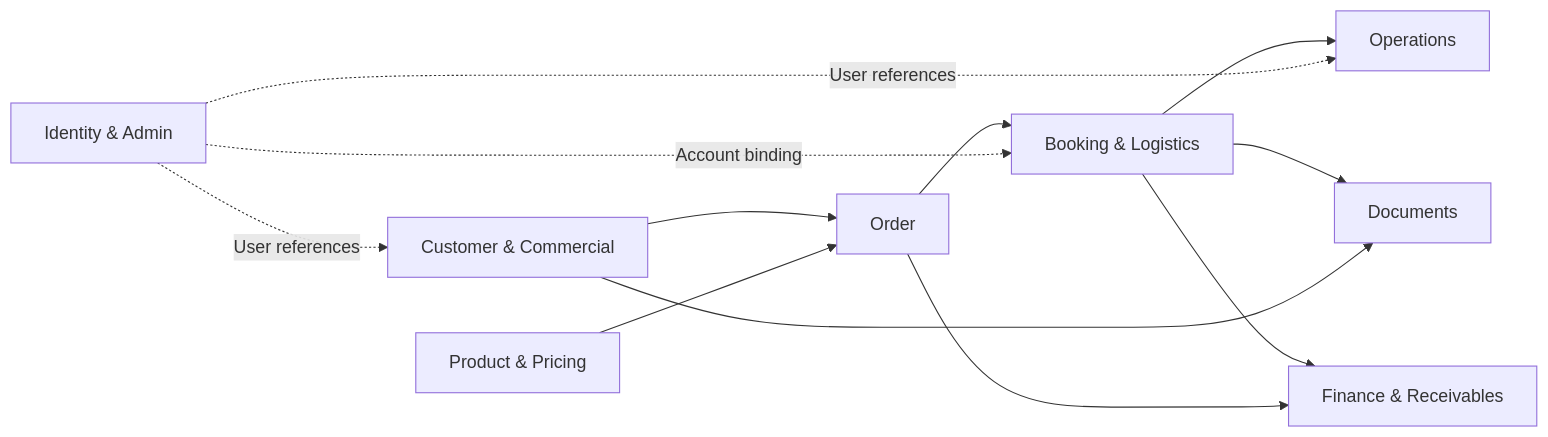
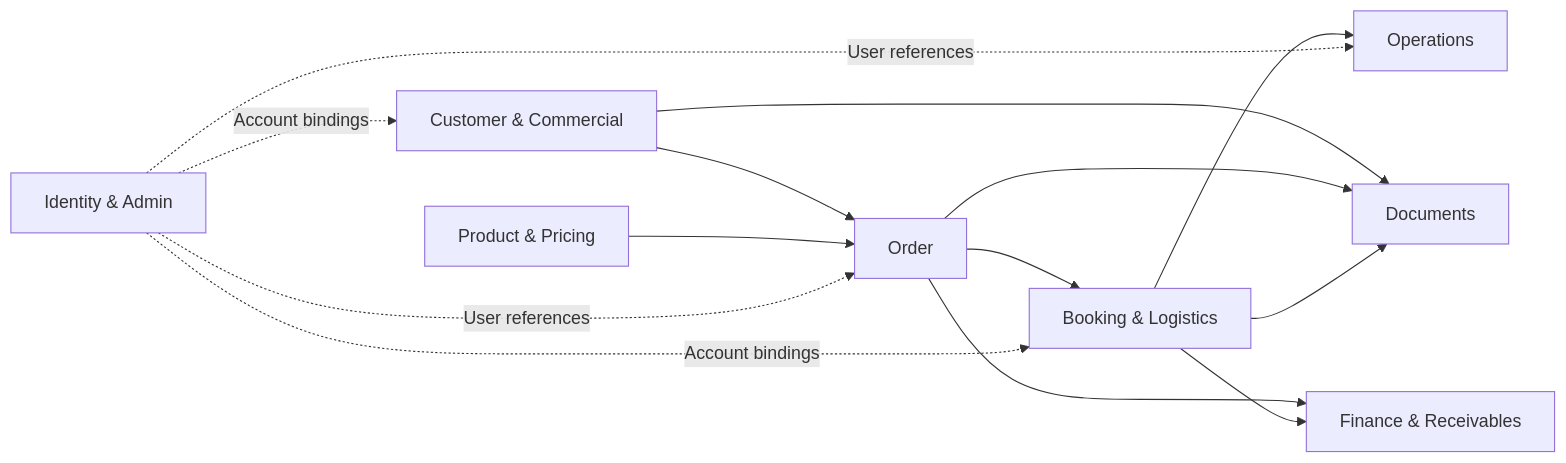
One commit to linhtrum/th-truemilk changed the first of 2 diagrams in docs/02-domain-model.md. Above: the diagram before and after it, drawn with Mermaid. The commit also changed other lines of this file, not shown here.

````diff
--- a/docs/02-domain-model.md
+++ b/docs/02-domain-model.md
@@ -145,14 +124,16 @@
 ```mermaid
 graph LR
     C[Customer & Commercial] --> O[Order]
     P[Product & Pricing] --> O
     O --> B[Booking & Logistics]
     B --> OP[Operations]
-    B --> D[Documents]
-    B --> F[Finance & Receivables]
-    O --> F
-    C --> D
-    I[Identity & Admin] -. User references .-> C
+    C --> D[Documents]
+    O --> D
+    B --> D
+    O --> F[Finance & Receivables]
+    B --> F
+    I[Identity & Admin] -. User references .-> O
     I -. User references .-> OP
-    I -. Account binding .-> B
+    I -. Account bindings .-> C
+    I -. Account bindings .-> B
 ```
````
